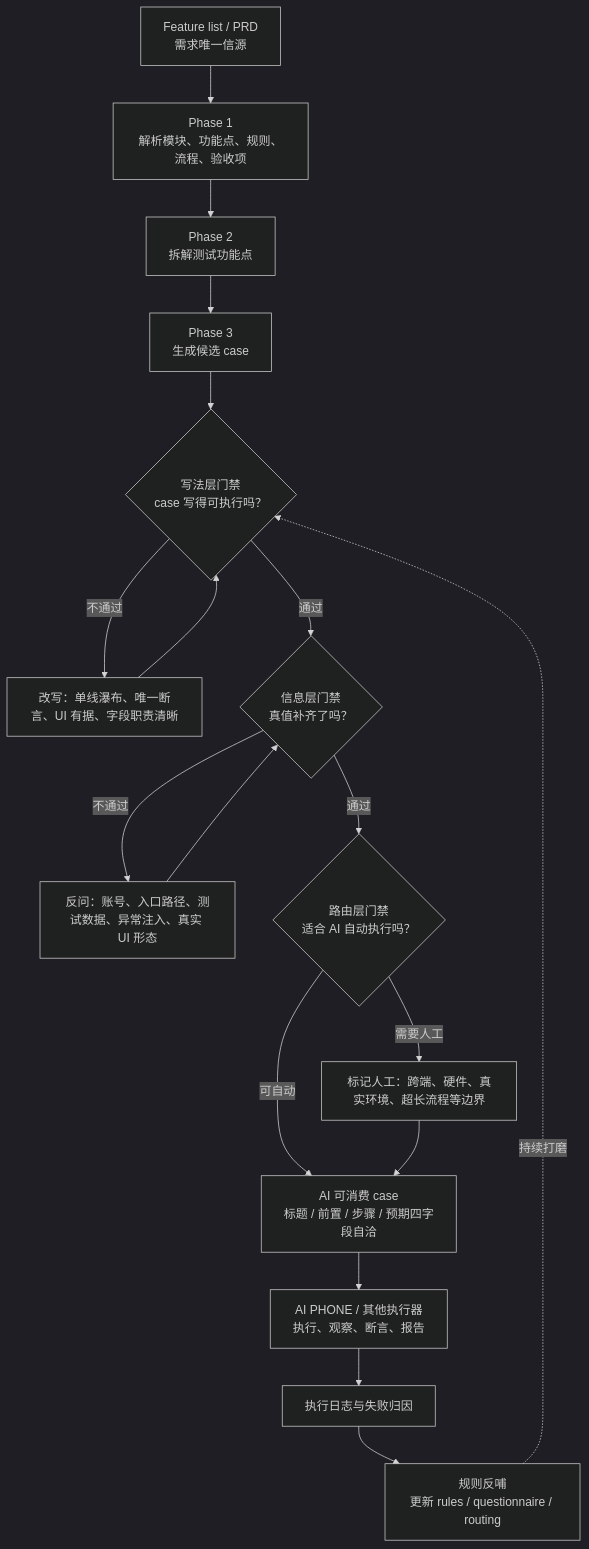
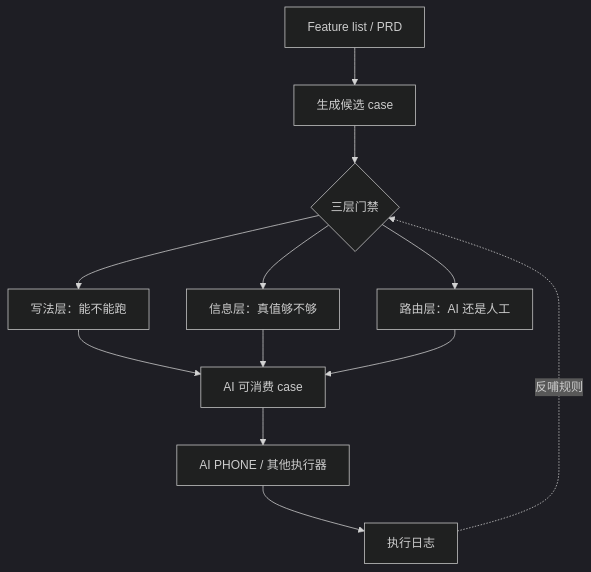
Before and after one commit to dongxinsuperman/ai-executable-case-pattern: the diagram in README.md, drawn with Mermaid (dark theme).

Commit message:
Simplify README workflow diagram

````diff
--- a/README.md
+++ b/README.md
@@ -19,20 +19,14 @@
 ```mermaid
 flowchart TD
-    A["Feature list / PRD<br/>需求唯一信源"] --> B["Phase 1<br/>解析模块、功能点、规则、流程、验收项"]
-    B --> C["Phase 2<br/>拆解测试功能点"]
-    C --> D["Phase 3<br/>生成候选 case"]
-    D --> E{"写法层门禁<br/>case 写得可执行吗？"}
-    E -- "不通过" --> E1["改写：单线瀑布、唯一断言、UI 有据、字段职责清晰"]
-    E1 --> E
-    E -- "通过" --> F{"信息层门禁<br/>真值补齐了吗？"}
-    F -- "不通过" --> F1["反问：账号、入口路径、测试数据、异常注入、真实 UI 形态"]
-    F1 --> F
-    F -- "通过" --> G{"路由层门禁<br/>适合 AI 自动执行吗？"}
-    G -- "需要人工" --> G1["标记人工：跨端、硬件、真实环境、超长流程等边界"]
-    G -- "可自动" --> H["AI 可消费 case<br/>标题 / 前置 / 步骤 / 预期四字段自洽"]
-    G1 --> H
-    H --> I["AI PHONE / 其他执行器<br/>执行、观察、断言、报告"]
-    I --> J["执行日志与失败归因"]
-    J --> K["规则反哺<br/>更新 rules / questionnaire / routing"]
-    K -. "持续打磨" .-> E
+    A["Feature list / PRD"] --> B["生成候选 case"]
+    B --> C{"三层门禁"}
+    C --> C1["写法层：能不能跑"]
+    C --> C2["信息层：真值够不够"]
+    C --> C3["路由层：AI 还是人工"]
+    C1 --> D["AI 可消费 case"]
+    C2 --> D
+    C3 --> D
+    D --> E["AI PHONE / 其他执行器"]
+    E --> F["执行日志"]
+    F -. "反哺规则" .-> C
 ```
````
